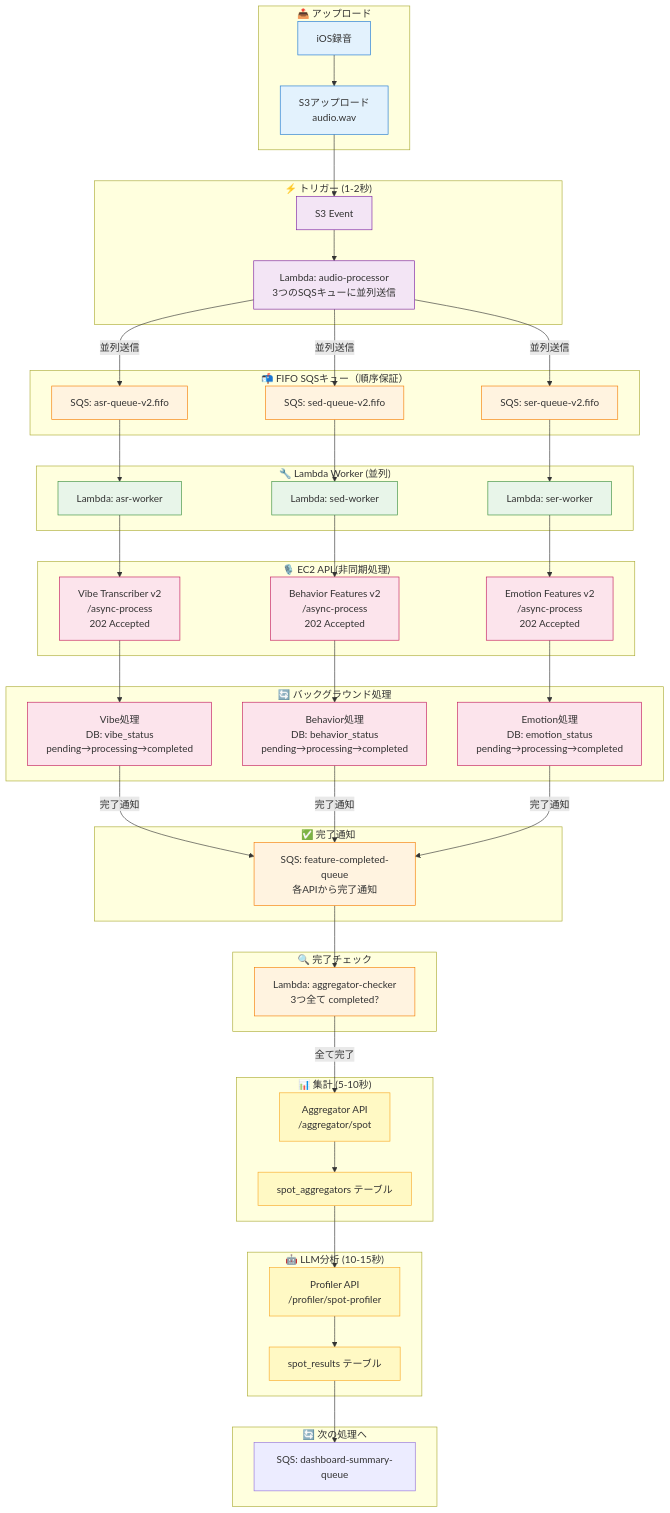
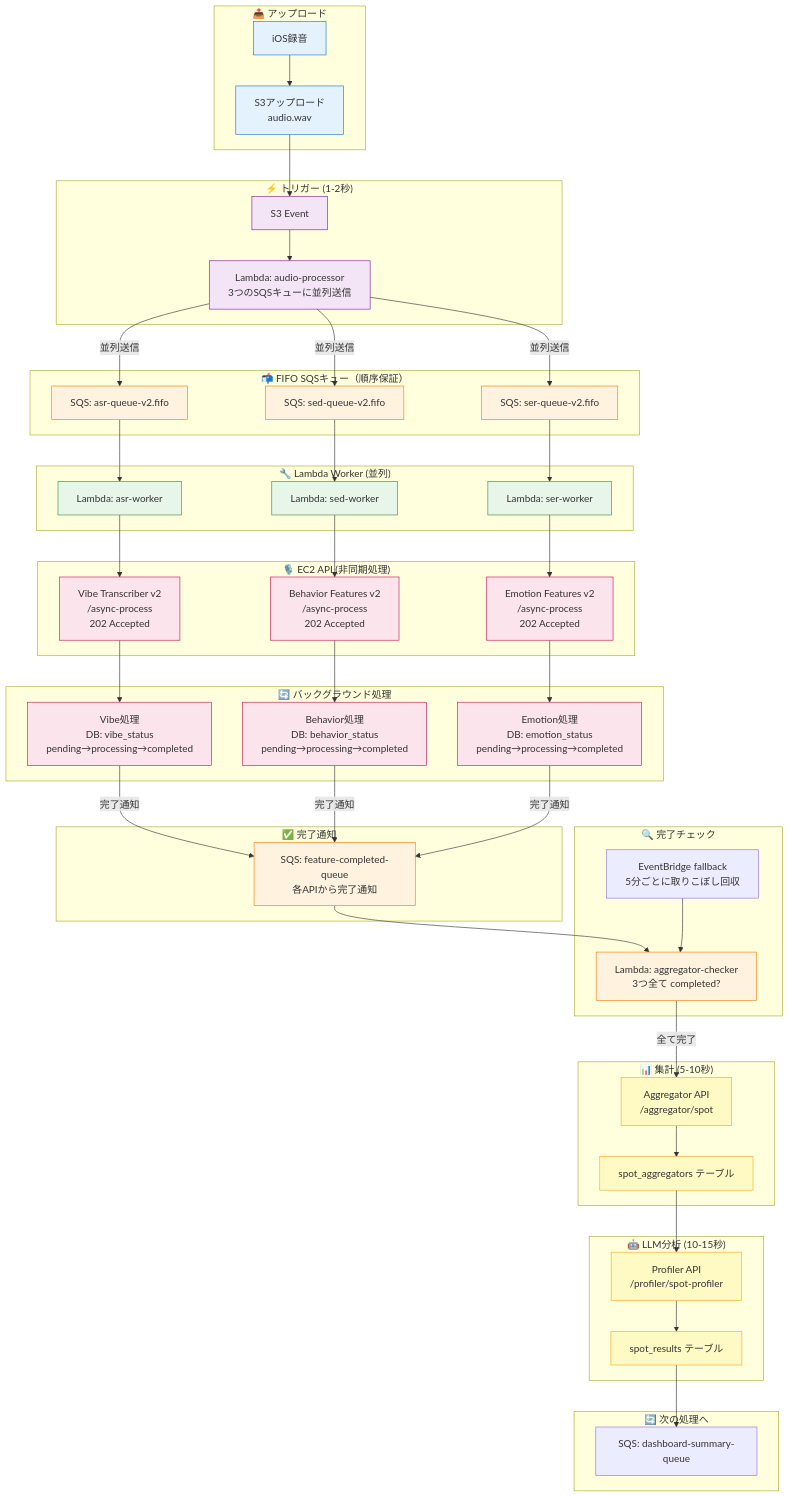
The first of 3 diagrams in docs/PROCESSING_ARCHITECTURE.md (hey-watchme/server-configs), drawn with Mermaid before and after one commit. The commit also changed other lines of this file and 5 other files, not shown here.

```diff
--- a/docs/PROCESSING_ARCHITECTURE.md
+++ b/docs/PROCESSING_ARCHITECTURE.md
@@ -87,6 +87,7 @@
 
     subgraph Checker["🔍 完了チェック"]
         J[Lambda: aggregator-checker<br/>3つ全て completed?]
+        J2[EventBridge fallback<br/>5分ごとに取りこぼし回収]
     end
 
     subgraph Aggregation["📊 集計 (5-10秒)"]
@@ -117,6 +118,7 @@
     H3 -->|完了通知| I
 
     I --> J
+    J2 --> J
     J -->|全て完了| K --> L --> M --> N --> O
 
     classDef uploadStyle fill:#e3f2fd,stroke:#1976d2
```
